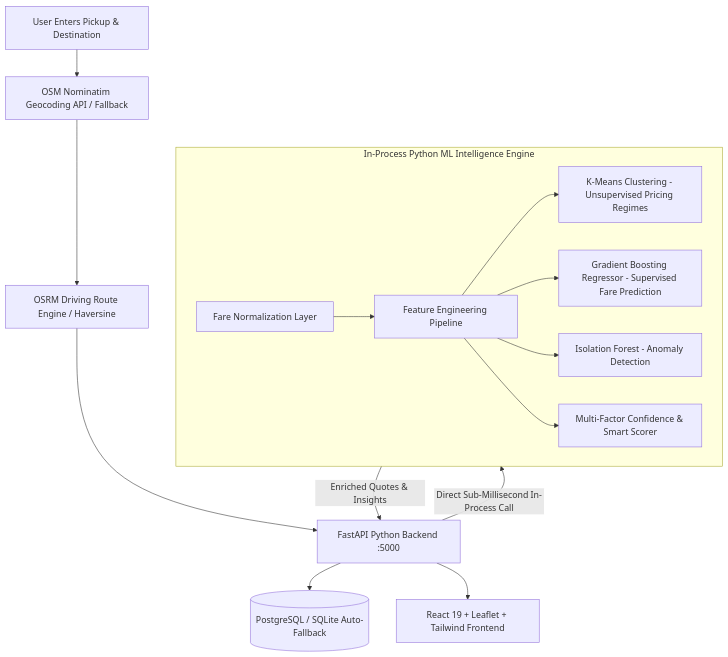
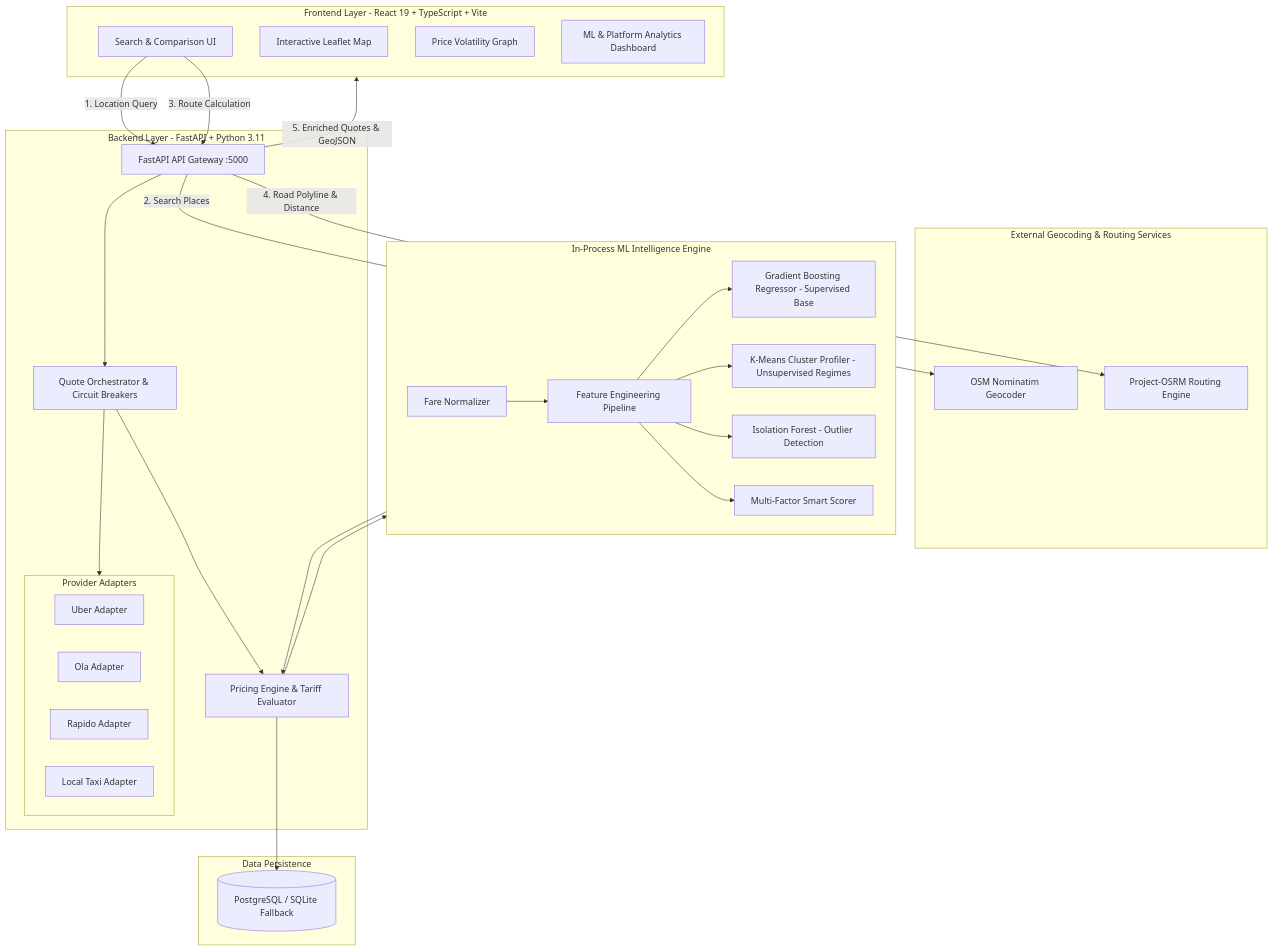
One commit to siddharthx29/RideCompare-Taxi-Fare-Comparison-web-app changed the diagram in README.md. Above: the diagram before and after it, drawn with Mermaid. The commit also changed other lines of this file and 88 other files, not shown here.

````diff
--- a/README.md
+++ b/README.md
@@ -11,26 +51,54 @@
 ```mermaid
 flowchart TD
-    UserRequest[User Enters Pickup & Destination] --> Nominatim[OSM Nominatim Geocoding API / Fallback]
-    Nominatim --> OSRM[OSRM Driving Route Engine / Haversine]
-    OSRM --> FastAPISystem[FastAPI Python Backend :5000]
-
-    subgraph ML_Subsystem [In-Process Python ML Intelligence Engine]
-        Normalizer[Fare Normalization Layer]
-        FeatEng[Feature Engineering Pipeline]
-        KMeans[K-Means Clustering - Unsupervised Pricing Regimes]
-        GBRegressor[Gradient Boosting Regressor - Supervised Fare Prediction]
-        IsoForest[Isolation Forest - Anomaly Detection]
-        Confidence[Multi-Factor Confidence & Smart Scorer]
-        
-        Normalizer --> FeatEng
-        FeatEng --> KMeans
-        FeatEng --> GBRegressor
-        FeatEng --> IsoForest
-        FeatEng --> Confidence
+    subgraph Client [Frontend Layer - React 19 + TypeScript + Vite]
+        UI[Search & Comparison UI]
+        Map[Interactive Leaflet Map]
+        Sparkline[Price Volatility Graph]
+        AnalyticsUI[ML & Platform Analytics Dashboard]
     end
 
-    FastAPISystem -->|Direct Sub-Millisecond In-Process Call| ML_Subsystem
-    ML_Subsystem -->|Enriched Quotes & Insights| FastAPISystem
-    FastAPISystem --> DB[(PostgreSQL / SQLite Auto-Fallback)]
-    FastAPISystem --> ReactFrontend[React 19 + Leaflet + Tailwind Frontend]
+    subgraph External_APIs [External Geocoding & Routing Services]
+        Nominatim[OSM Nominatim Geocoder]
+        OSRM[Project-OSRM Routing Engine]
+    end
+
+    subgraph Backend [Backend Layer - FastAPI + Python 3.11]
+        Router[FastAPI API Gateway :5000]
+        QuoteOrch[Quote Orchestrator & Circuit Breakers]
+        PricingService[Pricing Engine & Tariff Evaluator]
+        
+        subgraph Adapters [Provider Adapters]
+            UberAdap[Uber Adapter]
+            OlaAdap[Ola Adapter]
+            RapidoAdap[Rapido Adapter]
+            TaxiAdap[Local Taxi Adapter]
+        end
+    end
+
+    subgraph ML_Subsystem [In-Process ML Intelligence Engine]
+        Normalizer[Fare Normalizer]
+        FeatEng[Feature Engineering Pipeline]
+        GBR[Gradient Boosting Regressor - Supervised Base]
+        KMeans[K-Means Cluster Profiler - Unsupervised Regimes]
+        IsoForest[Isolation Forest - Outlier Detection]
+        Scorer[Multi-Factor Smart Scorer]
+    end
+
+    subgraph Storage [Data Persistence]
+        DB[(PostgreSQL / SQLite Fallback)]
+    end
+
+    UI -->|1. Location Query| Router
+    Router -->|2. Search Places| Nominatim
+    UI -->|3. Route Calculation| Router
+    Router -->|4. Road Polyline & Distance| OSRM
+    Router --> QuoteOrch
+    QuoteOrch --> Adapters
+    QuoteOrch --> PricingService
+    PricingService --> ML_Subsystem
+    Normalizer --> FeatEng
+    FeatEng --> GBR & KMeans & IsoForest & Scorer
+    ML_Subsystem --> PricingService
+    PricingService --> DB
+    Router -->|5. Enriched Quotes & GeoJSON| Client
 ```
````
